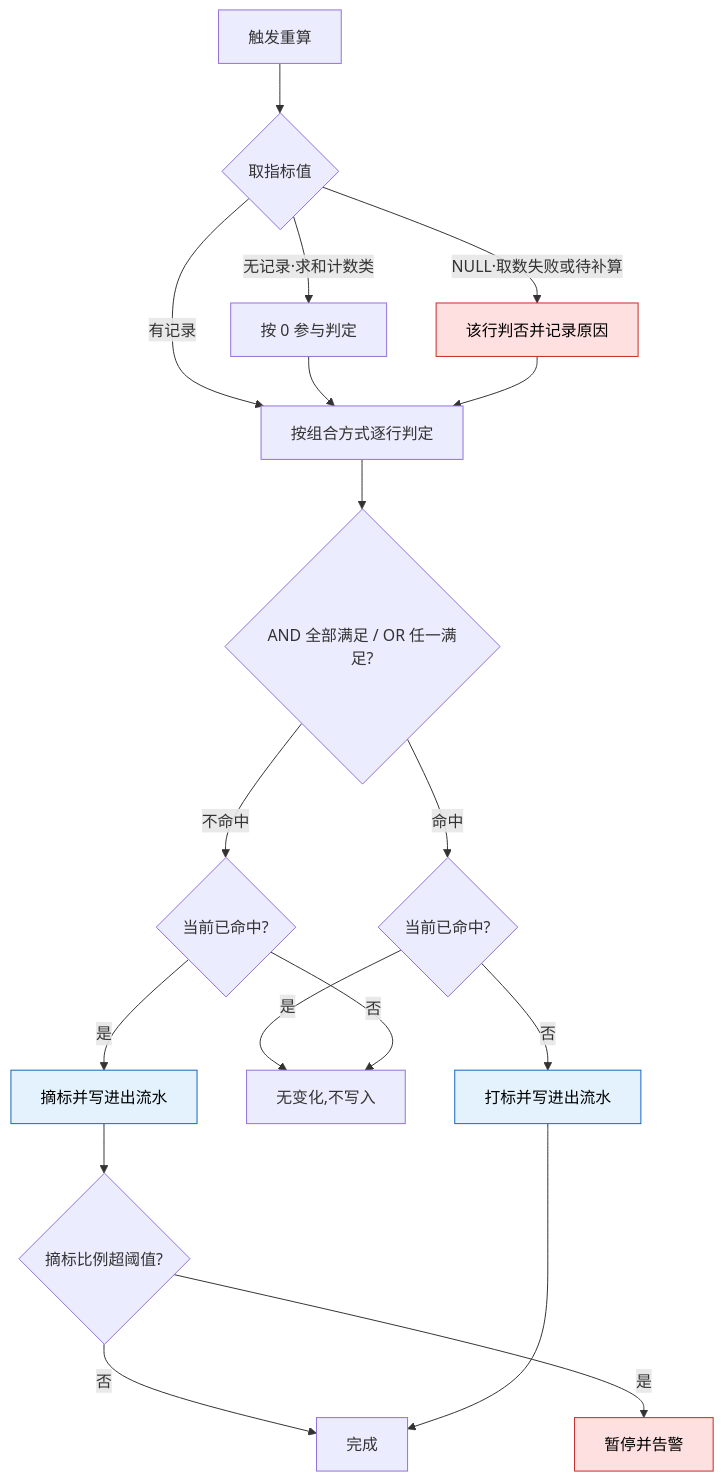
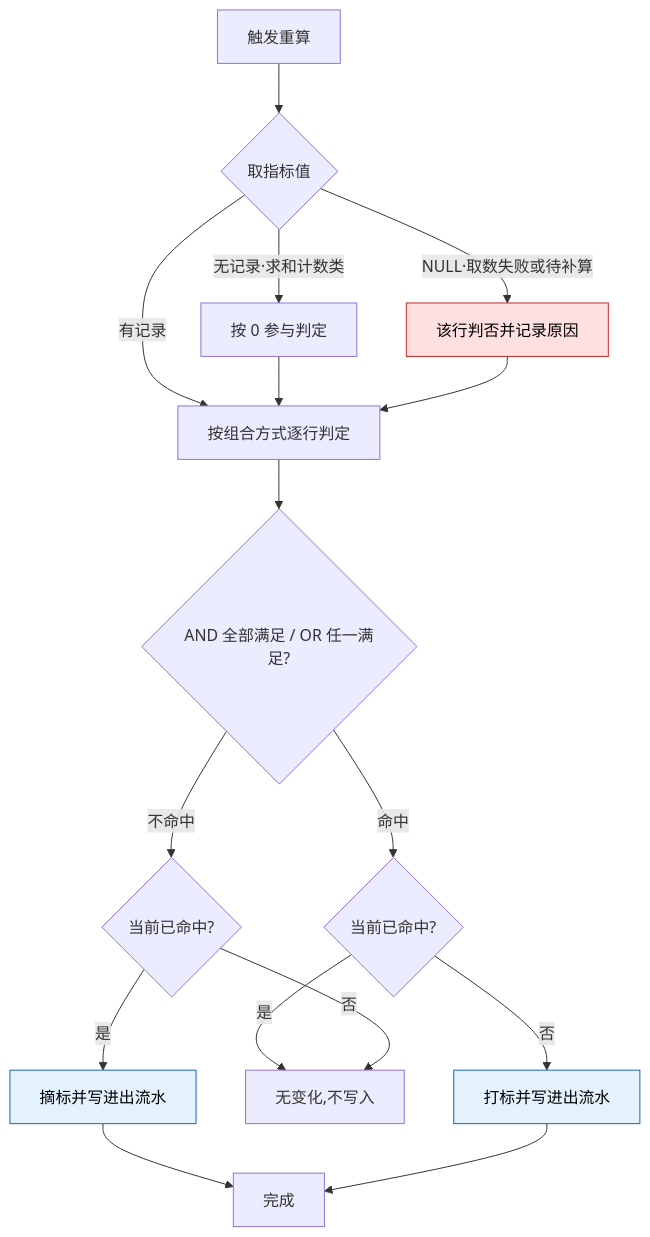
Before and after one commit to bingo-lab-1/bingo-figma: the first of 2 diagrams in M2-用户管理/2.5-用户标签/README.md, drawn with Mermaid. The commit also changed other lines of this file and 10 other files, not shown here.

````diff
--- a/M2-用户管理/2.5-用户标签/README.md
+++ b/M2-用户管理/2.5-用户标签/README.md
@@ -198,25 +201,23 @@
 ```mermaid
 flowchart TD
     A[触发重算] --> B{取指标值}
     B -->|有记录| D[按组合方式逐行判定]
     B -->|无记录·求和计数类| N[按 0 参与判定]
     B -->|NULL·取数失败或待补算| C[该行判否并记录原因]
     N --> D
     C --> D
     D --> E{AND 全部满足 / OR 任一满足?}
     E -->|命中| F{当前已命中?}
     E -->|不命中| G{当前已命中?}
     F -->|否| H[打标并写进出流水]
     F -->|是| I[无变化,不写入]
     G -->|是| J[摘标并写进出流水]
     G -->|否| I
-    J --> K{摘标比例超阈值?}
-    K -->|是| L[暂停并告警]
-    K -->|否| M[完成]
+    J --> M[完成]
     H --> M
 
     classDef risk fill:#ffe0e0,stroke:#c62828,color:#000
     classDef safe fill:#e3f2fd,stroke:#1565c0,color:#000
-    class C,L risk
+    class C risk
     class H,J safe
 ```
````
